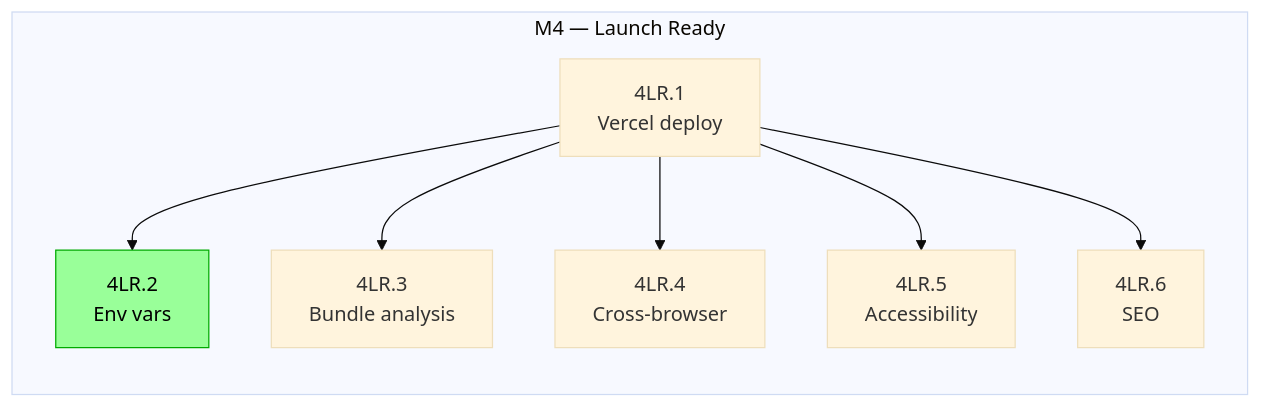
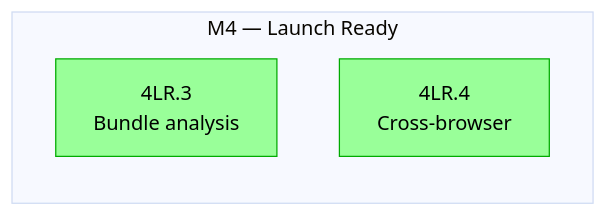
The diagram in docs/roadmaps/mvp.md (Oggie112/Portfolio), drawn with Mermaid (base theme) before and after one commit. The commit also changed other lines of this file and 7 other files, not shown here.

````diff
--- a/docs/roadmaps/mvp.md
+++ b/docs/roadmaps/mvp.md
@@ -105,17 +106,11 @@
 ```mermaid
 graph LR
   subgraph M4["M4 — Launch Ready"]
-    4LR.1["4LR.1\nVercel deploy"]
-    4LR.2["4LR.2\nEnv vars"]:::open
-    4LR.3["4LR.3\nBundle analysis"]
-    4LR.4["4LR.4\nCross-browser"]
-    4LR.5["4LR.5\nAccessibility"]
-    4LR.6["4LR.6\nSEO"]
+    4LR.3["4LR.3\nBundle analysis"]:::open
+    4LR.4["4LR.4\nCross-browser"]:::open
   end
-
-  4LR.1 --> 4LR.2 & 4LR.3 & 4LR.4 & 4LR.5 & 4LR.6
 
   classDef blocked fill:#f9f,stroke:#c0c,color:#000
   classDef open fill:#9f9,stroke:#0a0,color:#000
   classDef done fill:#ccc,stroke:#999,color:#555
 ```
````
